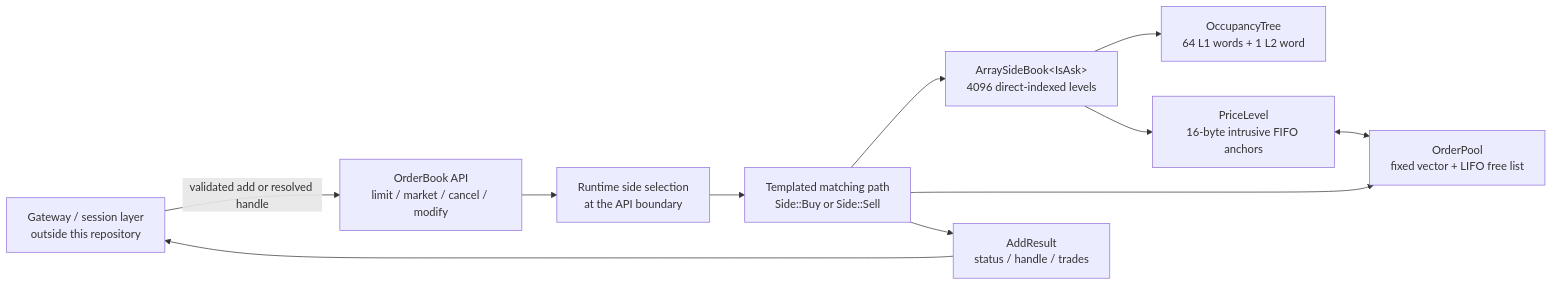
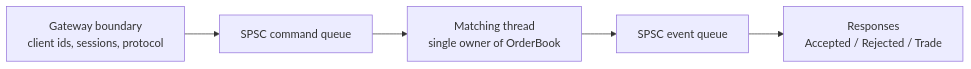
The diagram in readme.md (Keyuan-Wang/low-latency-trading-gateway), drawn with Mermaid before and after one commit. The commit also changed other lines of this file and 1 other file, not shown here.

````diff
--- a/readme.md
+++ b/readme.md
@@ -64,21 +98,10 @@
 ```mermaid
 flowchart LR
-    G["Gateway / session layer<br/>outside this repository"]
-    API["OrderBook API<br/>limit / market / cancel / modify"]
-    D["Runtime side selection<br/>at the API boundary"]
-    M["Templated matching path<br/>Side::Buy or Side::Sell"]
-    B["ArraySideBook&lt;IsAsk&gt;<br/>4096 direct-indexed levels"]
-    T["OccupancyTree<br/>64 L1 words + 1 L2 word"]
-    L["PriceLevel<br/>16-byte intrusive FIFO anchors"]
-    P["OrderPool<br/>fixed vector + LIFO free list"]
-    R["AddResult<br/>status / handle / trades"]
+    G["Gateway boundary<br/>client ids, sessions, protocol"]
+    Q1["SPSC command queue"]
+    M["Matching thread<br/>single owner of OrderBook"]
+    Q2["SPSC event queue"]
+    R["Responses<br/>Accepted / Rejected / Trade"]
 
-    G -->|validated add or resolved handle| API
-    API --> D --> M
-    M --> B
-    B --> T
-    B --> L
-    M --> P
-    L <--> P
-    M --> R --> G
+    G --> Q1 --> M --> Q2 --> R
 ```
````
